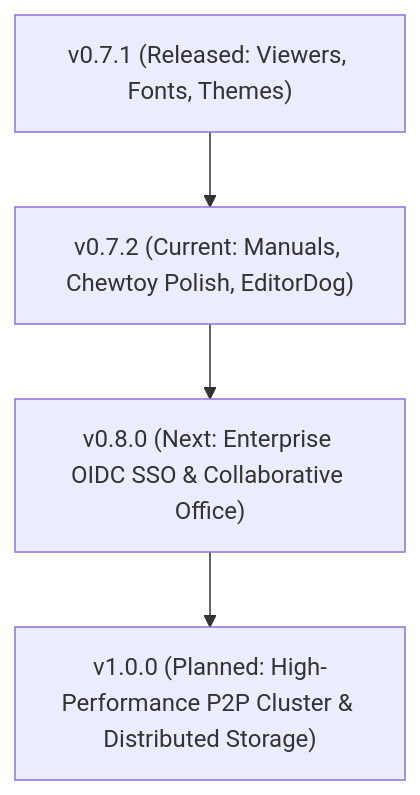
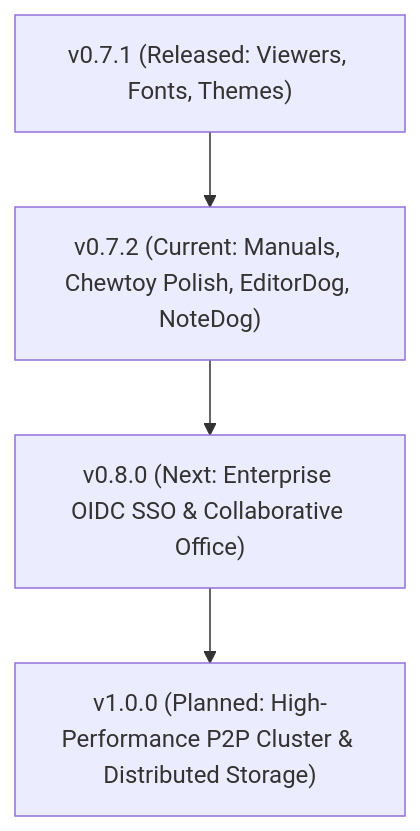
Before and after one commit to Woofson/commanderdog: the diagram in ROADMAP.md, drawn with Mermaid. The commit also changed other lines of this file and 22 other files, not shown here.

Commit message:
feat(chewtoys): dedicated ChewToy icons, customizable Launchpad menu, compact EditorDog canvas & file templates engine

````diff
--- a/ROADMAP.md
+++ b/ROADMAP.md
@@ -82,6 +82,6 @@
 ```mermaid
 graph TD
-    A["v0.7.1 (Released: Viewers, Fonts, Themes)"] --> B["v0.7.2 (Current: Manuals, Chewtoy Polish, EditorDog)"]
+    A["v0.7.1 (Released: Viewers, Fonts, Themes)"] --> B["v0.7.2 (Current: Manuals, Chewtoy Polish, EditorDog, NoteDog)"]
     B --> C["v0.8.0 (Next: Enterprise OIDC SSO & Collaborative Office)"]
     C --> D["v1.0.0 (Planned: High-Performance P2P Cluster & Distributed Storage)"]
 ```
````
